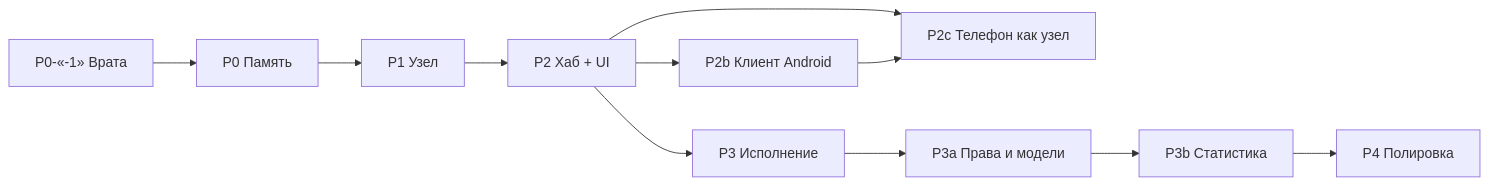
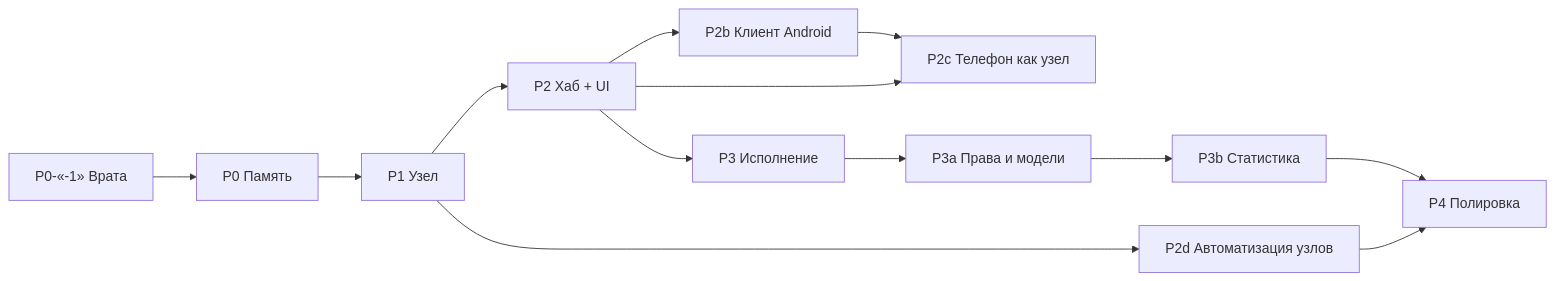
The diagram in docs/PLAN.md (rukazax/dsh-federation), drawn with Mermaid before and after one commit. The commit also changed other lines of this file and 2 other files, not shown here.

Commit message:
ТЗ: автоматизация хаба как источник правды — манифест профиля на все узлы (P2d)

````diff
--- a/docs/PLAN.md
+++ b/docs/PLAN.md
@@ -29,13 +30,15 @@
 ```mermaid
 flowchart LR
   G["P0-«-1» Врата"] --> M["P0 Память"]
   M --> N["P1 Узел"]
   N --> H["P2 Хаб + UI"]
   H --> A["P2b Клиент Android"]
   H --> Ph["P2c Телефон как узел"]
   A --> Ph
+  N --> Au["P2d Автоматизация узлов"]
+  Au --> F
   H --> E["P3 Исполнение"]
   E --> R["P3a Права и модели"]
   R --> S["P3b Статистика"]
   S --> F["P4 Полировка"]
 ```
````
